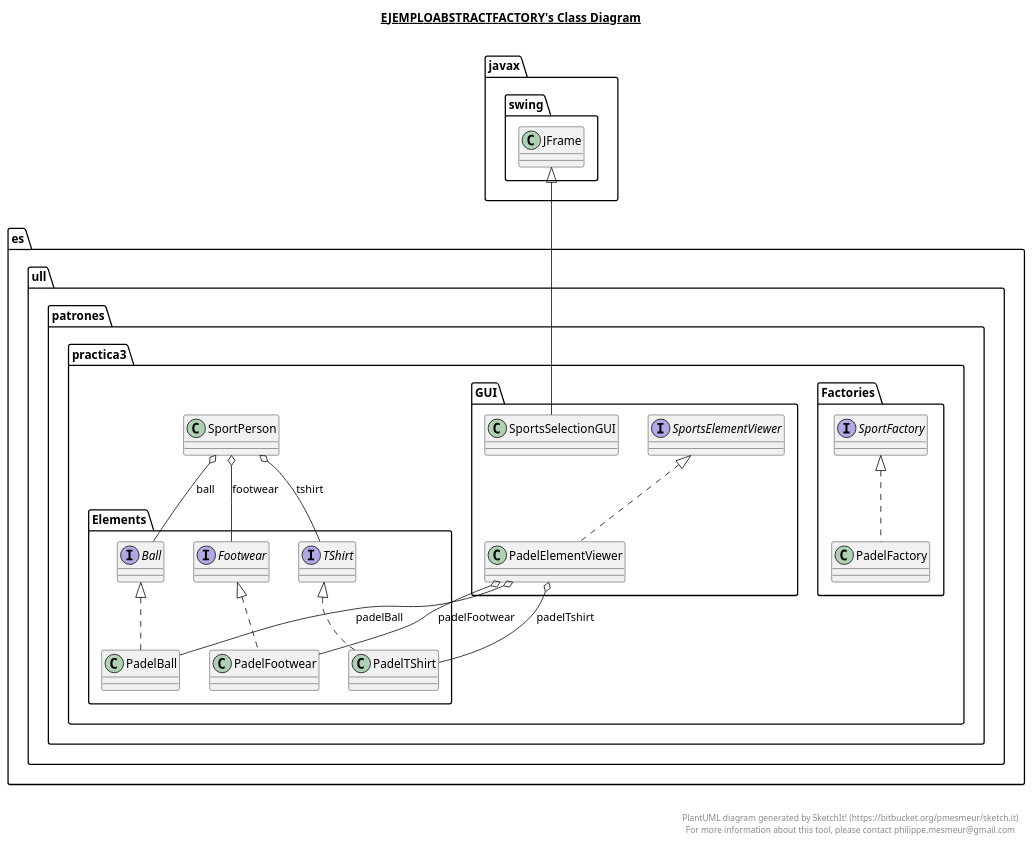
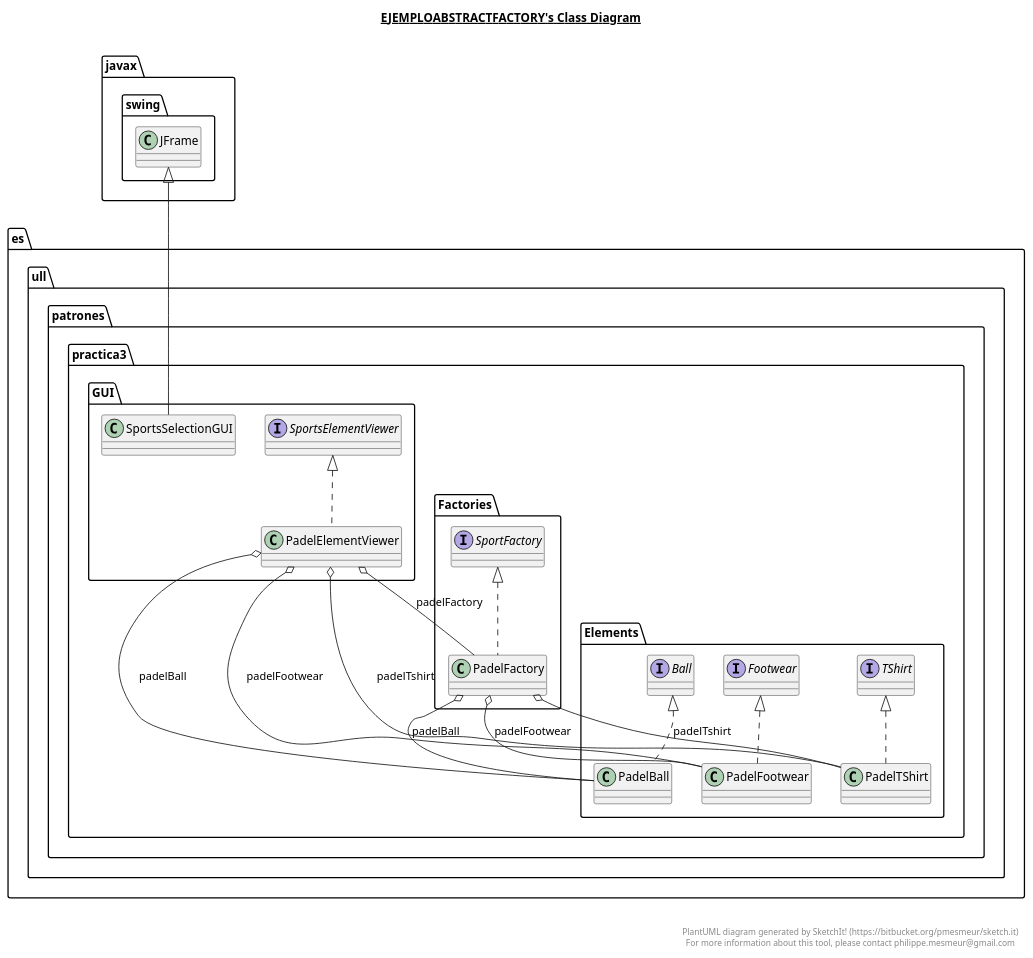
The diagram in AbstractFactory.plantuml (garciarodrigo99/AbstractFactory), drawn with PlantUML before and after one commit. The commit also changed 17 other files, not shown here.

```diff
--- a/AbstractFactory.plantuml
+++ b/AbstractFactory.plantuml
@@ -1,120 +1,93 @@
 @startuml
 
 title __EJEMPLOABSTRACTFACTORY's Class Diagram__\n
 
-  namespace es.ull.patrones.practica3 {
-    namespace Elements {
-      interface es.ull.patrones.practica3.Elements.Ball {
-      }
+  namespace es.ull.patrones.practica3.Elements {
+    interface es.ull.patrones.practica3.Elements.Ball {
     }
   }
   
 
-  namespace es.ull.patrones.practica3 {
-    namespace Elements {
-      interface es.ull.patrones.practica3.Elements.Footwear {
-      }
+  namespace es.ull.patrones.practica3.Elements {
+    interface es.ull.patrones.practica3.Elements.Footwear {
     }
   }
   
 
-  namespace es.ull.patrones.practica3 {
-    namespace Elements {
-      class es.ull.patrones.practica3.Elements.PadelBall {
-      }
+  namespace es.ull.patrones.practica3.Elements {
+    class es.ull.patrones.practica3.Elements.PadelBall {
     }
   }
   
 
-  namespace es.ull.patrones.practica3 {
-    namespace Elements {
-      class es.ull.patrones.practica3.Elements.PadelFootwear {
-      }
+  namespace es.ull.patrones.practica3.Elements {
+    class es.ull.patrones.practica3.Elements.PadelFootwear {
     }
   }
   
 
-  namespace es.ull.patrones.practica3 {
-    namespace Elements {
-      class es.ull.patrones.practica3.Elements.PadelTShirt {
-      }
+  namespace es.ull.patrones.practica3.Elements {
+    class es.ull.patrones.practica3.Elements.PadelTShirt {
     }
   }
   
 
-  namespace es.ull.patrones.practica3 {
-    namespace Elements {
-      interface es.ull.patrones.practica3.Elements.TShirt {
-      }
+  namespace es.ull.patrones.practica3.Elements {
+    interface es.ull.patrones.practica3.Elements.TShirt {
     }
   }
   
 
-  namespace es.ull.patrones.practica3 {
-    namespace Factories {
-      class es.ull.patrones.practica3.Factories.PadelFactory {
-      }
+  namespace es.ull.patrones.practica3.Factories {
+    class es.ull.patrones.practica3.Factories.PadelFactory {
     }
   }
   
 
-  namespace es.ull.patrones.practica3 {
-    namespace Factories {
-      interface es.ull.patrones.practica3.Factories.SportFactory {
-      }
+  namespace es.ull.patrones.practica3.Factories {
+    interface es.ull.patrones.practica3.Factories.SportFactory {
     }
   }
   
 
-  namespace es.ull.patrones.practica3 {
-    namespace GUI {
-      class es.ull.patrones.practica3.GUI.PadelElementViewer {
-      }
+  namespace es.ull.patrones.practica3.GUI {
+    class es.ull.patrones.practica3.GUI.PadelElementViewer {
     }
   }
   
 
-  namespace es.ull.patrones.practica3 {
-    namespace GUI {
-      interface es.ull.patrones.practica3.GUI.SportsElementViewer {
-      }
+  namespace es.ull.patrones.practica3.GUI {
+    interface es.ull.patrones.practica3.GUI.SportsElementViewer {
     }
   }
   
 
-  namespace es.ull.patrones.practica3 {
-    namespace GUI {
-      class es.ull.patrones.practica3.GUI.SportsSelectionGUI {
-      }
-    }
-  }
-  
-
-  namespace es.ull.patrones.practica3 {
-    class es.ull.patrones.practica3.SportPerson {
+  namespace es.ull.patrones.practica3.GUI {
+    class es.ull.patrones.practica3.GUI.SportsSelectionGUI {
     }
   }
   
 
   es.ull.patrones.practica3.Elements.PadelBall .up.|> es.ull.patrones.practica3.Elements.Ball
   es.ull.patrones.practica3.Elements.PadelFootwear .up.|> es.ull.patrones.practica3.Elements.Footwear
   es.ull.patrones.practica3.Elements.PadelTShirt .up.|> es.ull.patrones.practica3.Elements.TShirt
   es.ull.patrones.practica3.Factories.PadelFactory .up.|> es.ull.patrones.practica3.Factories.SportFactory
+  es.ull.patrones.practica3.Factories.PadelFactory o-- es.ull.patrones.practica3.Elements.PadelBall : padelBall
+  es.ull.patrones.practica3.Factories.PadelFactory o-- es.ull.patrones.practica3.Elements.PadelFootwear : padelFootwear
+  es.ull.patrones.practica3.Factories.PadelFactory o-- es.ull.patrones.practica3.Elements.PadelTShirt : padelTshirt
   es.ull.patrones.practica3.GUI.PadelElementViewer .up.|> es.ull.patrones.practica3.GUI.SportsElementViewer
   es.ull.patrones.practica3.GUI.PadelElementViewer o-- es.ull.patrones.practica3.Elements.PadelBall : padelBall
+  es.ull.patrones.practica3.GUI.PadelElementViewer o-- es.ull.patrones.practica3.Factories.PadelFactory : padelFactory
   es.ull.patrones.practica3.GUI.PadelElementViewer o-- es.ull.patrones.practica3.Elements.PadelFootwear : padelFootwear
   es.ull.patrones.practica3.GUI.PadelElementViewer o-- es.ull.patrones.practica3.Elements.PadelTShirt : padelTshirt
   es.ull.patrones.practica3.GUI.SportsSelectionGUI -up-|> javax.swing.JFrame
-  es.ull.patrones.practica3.SportPerson o-- es.ull.patrones.practica3.Elements.Ball : ball
-  es.ull.patrones.practica3.SportPerson o-- es.ull.patrones.practica3.Elements.Footwear : footwear
-  es.ull.patrones.practica3.SportPerson o-- es.ull.patrones.practica3.Elements.TShirt : tshirt
 
 
 right footer
 
 
 PlantUML diagram generated by SketchIt! (https://bitbucket.org/pmesmeur/sketch.it)
 For more information about this tool, please contact philippe.mesmeur@gmail.com
 endfooter
 
 @enduml
```
